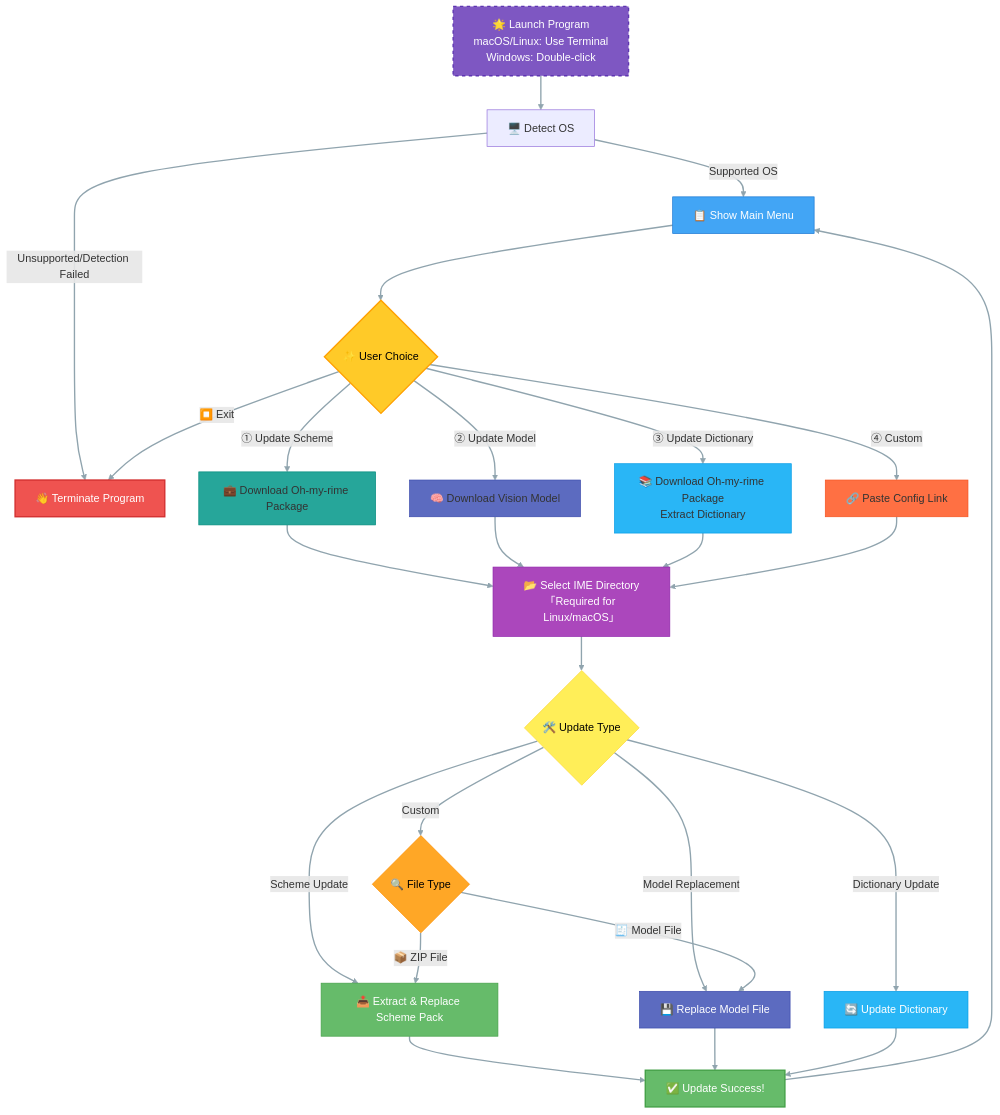
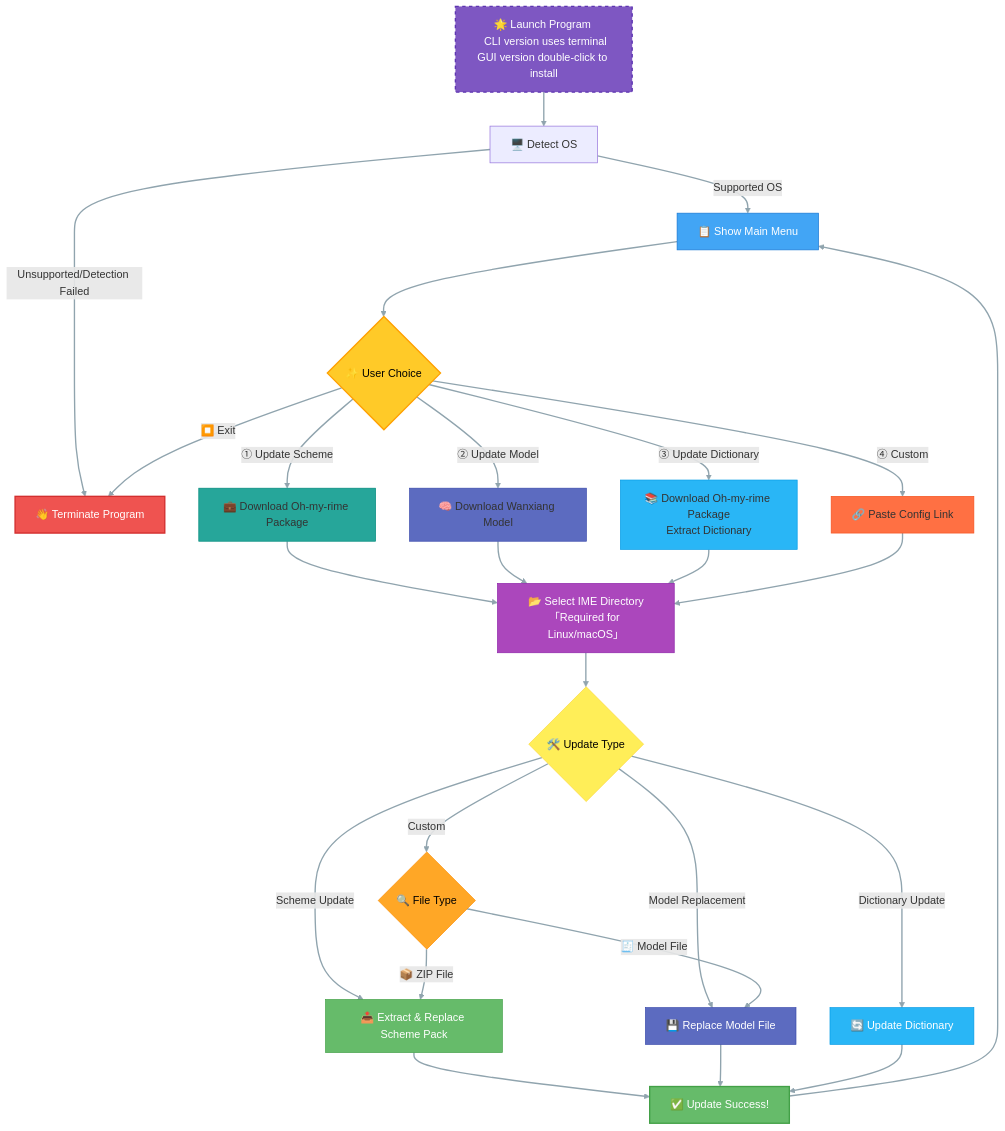
One commit to Mintimate/oh-my-rime-cli changed the diagram in README_en.md. Above: the diagram before and after it, drawn with Mermaid. The commit also changed other lines of this file and 4 other files, not shown here.

````diff
--- a/README_en.md
+++ b/README_en.md
@@ -11,50 +13,50 @@
 ```mermaid
 flowchart TD
-    A[🌟 Launch Program <br/> macOS/Linux: Use Terminal<br/>Windows: Double-click] --> B[🖥️ Detect OS]
+    A[🌟 Launch Program <br/> CLI version uses terminal<br/>GUI version double-click to install] --> B[🖥️ Detect OS]
     B --Supported OS--> C[📋 Show Main Menu]
     B --Unsupported/Detection Failed--> I
     
     C --> D{"✨ User Choice"}
     D -->|① Update Scheme| E[💼 Download Oh-my-rime Package]
-    D -->|② Update Model| F[🧠 Download Vision Model]
+    D -->|② Update Model| F[🧠 Download Wanxiang Model]
     D -->|③ Update Dictionary| G[📚 Download Oh-my-rime Package<br/>Extract Dictionary]
     D -->|④ Custom| H[🔗 Paste Config Link]
     D -->|⏹️ Exit| I[👋 Terminate Program]
     
     E --> J[📂 Select IME Directory<br/>「Required for Linux/macOS」]
     F --> J
     G --> J
     H --> J
     
     J --> K{🛠️ Update Type}
     K -->|Scheme Update| L[📤 Extract & Replace Scheme Pack]
     K -->|Model Replacement| M[💾 Replace Model File]
     K -->|Dictionary Update| N[🔄 Update Dictionary]
     K -->|Custom| O{🔍 File Type}
     
     O -->|📦 ZIP File| L
     O -->|🧾 Model File| M
     
     L --> P[✅ Update Success!]
     M --> P
     N --> P
     
     P --> C
 
     style A fill:#7E57C2,stroke:#5E35B1,color:white,stroke-width:2px,stroke-dasharray:5
     style I fill:#EF5350,stroke:#D32F2F,color:white,stroke-width:2px
     style C fill:#42A5F5,stroke:#1976D2,color:white
     style D fill:#FFCA28,stroke:#FFA000,color:black,stroke-width:2px
     style E fill:#26A69A,stroke:#00897B
     style F fill:#5C6BC0,stroke:#3949AB
     style G fill:#29B6F6,stroke:#039BE5
     style H fill:#FF7043,stroke:#F4511E
     style J fill:#AB47BC,stroke:#8E24AA,color:white
     style K fill:#FFEE58,stroke:#FDD835,color:black
     style L fill:#66BB6A,stroke:#43A047,color:white
     style M fill:#5C6BC0,stroke:#3949AB,color:white
     style N fill:#29B6F6,stroke:#039BE5,color:white
     style O fill:#FFA726,stroke:#FB8C00,color:black
     style P fill:#66BB6A,stroke:#43A047,color:white,stroke-width:2px
     linkStyle default stroke:#90A4AE,stroke-width:2px
 ```
````
